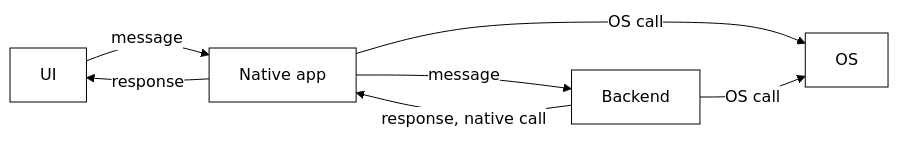
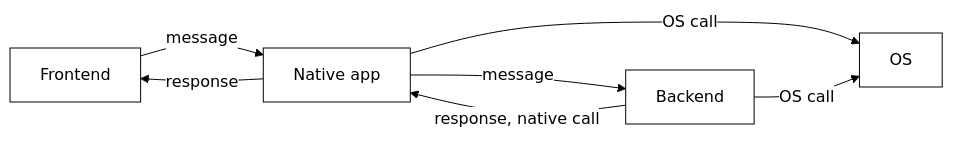
Before and after one commit to ashleydavis/ziggy: the diagram in docs/development/diagrams/communication.mmd, drawn with Mermaid. The commit also changed 319 other files, not shown here.

```diff
--- a/docs/development/diagrams/communication.mmd
+++ b/docs/development/diagrams/communication.mmd
@@ -1,18 +1,18 @@
 %%{init: {"theme": "base", "themeVariables": {"primaryColor": "#ffffff", "primaryTextColor": "#000000", "primaryBorderColor": "#000000", "lineColor": "#000000", "textColor": "#000000", "edgeLabelBackground": "#ffffff"}}}%%
 flowchart LR
 %% How the parts of a running app communicate. Drawn into communication.svg by `bun run diagrams`; see communication.md.
 %% Each "label-under" line puts a line of small grey text under a box, which Mermaid itself cannot place:
 %% label-under: UI = TypeScript, JavaScript, HTML, CSS
 %% label-under: Native = Zig, Swift, Java
 %% label-under: Backend = Zig
-    UI["UI"]
+    UI["Frontend"]
     Native["Native app"]
     Backend["Backend"]
     OS["OS"]
 
     UI -->|"message"| Native
     Native -->|"message"| Backend
     Backend -->|"response, native call"| Native
     Native -->|"response"| UI
     Native -->|"OS call"| OS
     Backend -->|"OS call"| OS
```
